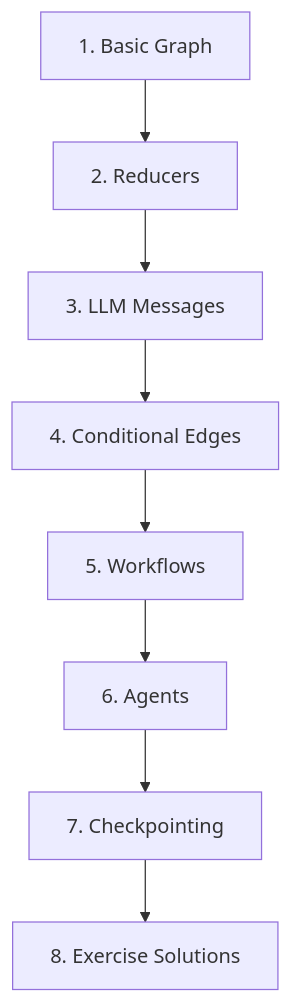
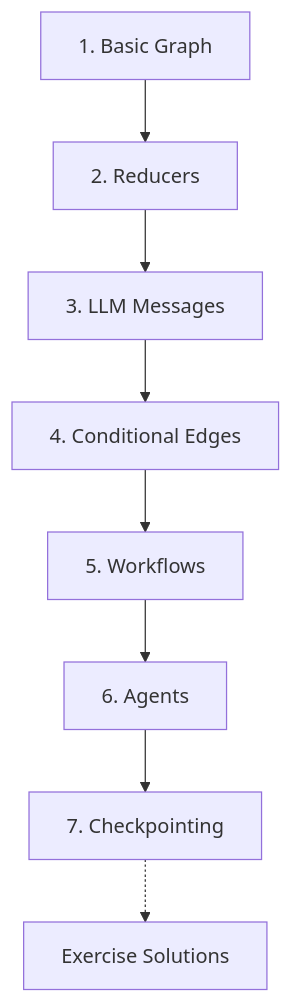
The second of 2 diagrams in README.md (Walid-Ahmed/langgraph-tutorials), drawn with Mermaid before and after one commit. The commit also changed other lines of this file and 23 other files, not shown here.

First line of the commit message:
Drop numbering from exercise solutions folder.

````diff
--- a/README.md
+++ b/README.md
@@ -36,10 +36,10 @@
 ```mermaid
 flowchart TD
     A["1. Basic Graph"] --> B["2. Reducers"]
     B --> C["3. LLM Messages"]
     C --> D["4. Conditional Edges"]
     D --> E["5. Workflows"]
     E --> F["6. Agents"]
     F --> G["7. Checkpointing"]
-    G --> H["8. Exercise Solutions"]
+    G -.-> H["Exercise Solutions"]
 ```
````
